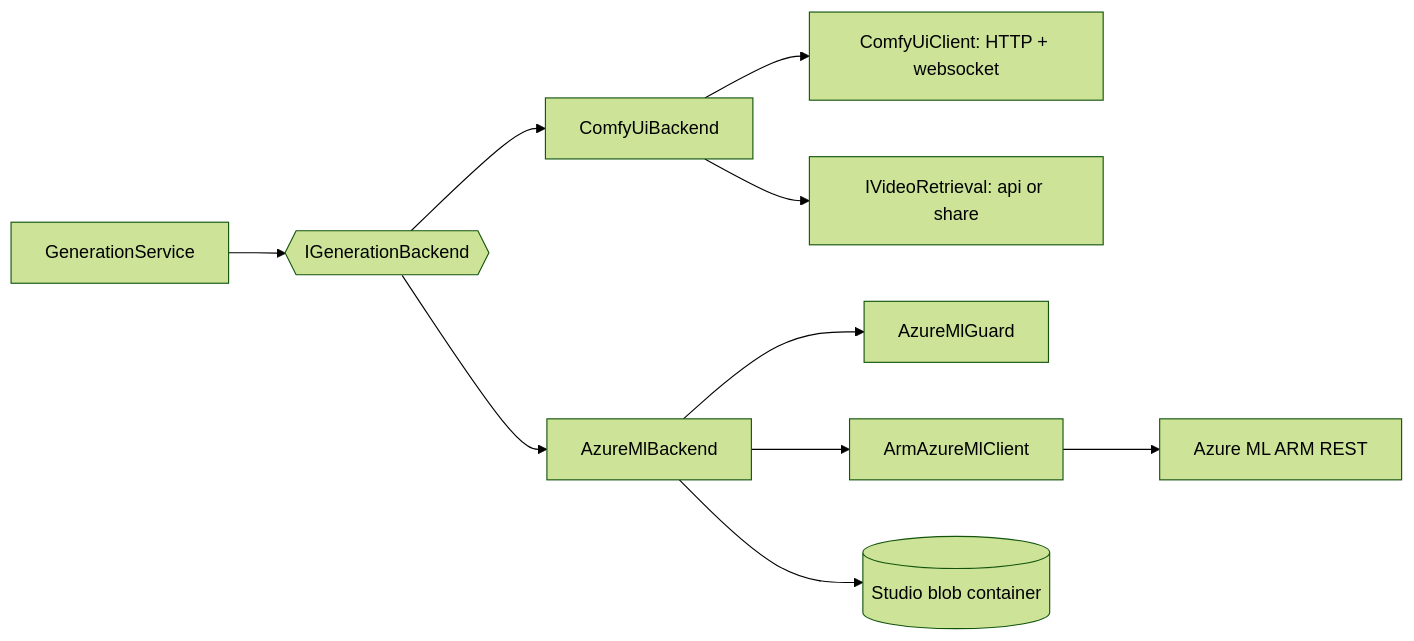
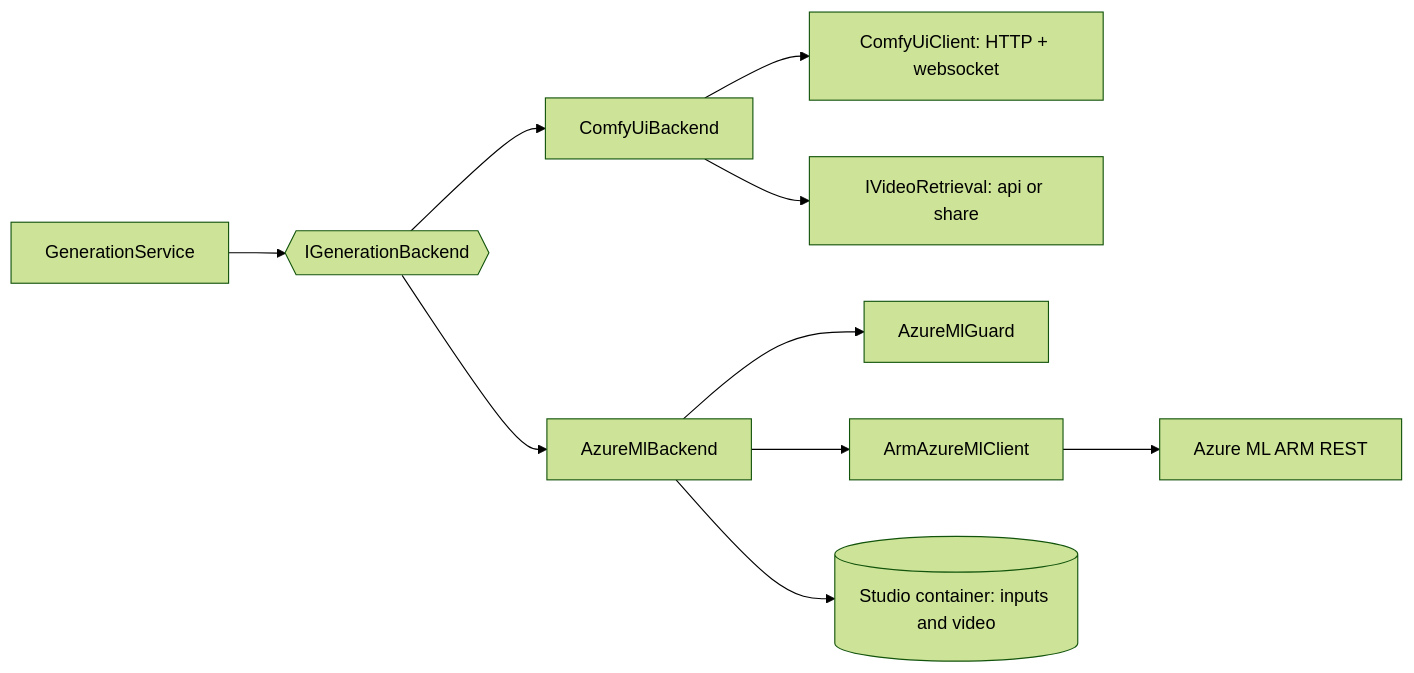
One commit to seiggy/wan-safety-studio changed the diagram in docs-site/docs/domains/azure-ml-provider.mdx. Above: the diagram before and after it, drawn with Mermaid (forest theme). The commit also changed other lines of this file and 33 other files, not shown here.

````diff
--- a/docs-site/docs/domains/azure-ml-provider.mdx
+++ b/docs-site/docs/domains/azure-ml-provider.mdx
@@ -50,12 +50,12 @@
 ```mermaid
 flowchart LR
   GS[GenerationService] --> IB{{IGenerationBackend}}
   IB --> C[ComfyUiBackend]
   IB --> A[AzureMlBackend]
   C --> CC[ComfyUiClient: HTTP + websocket]
   C --> VR[IVideoRetrieval: api or share]
   A --> G[AzureMlGuard]
   A --> AC[ArmAzureMlClient]
-  A --> ST[(Studio blob container)]
+  A --> ST[(Studio container: inputs and video)]
   AC --> ARM[Azure ML ARM REST]
 ```
````
